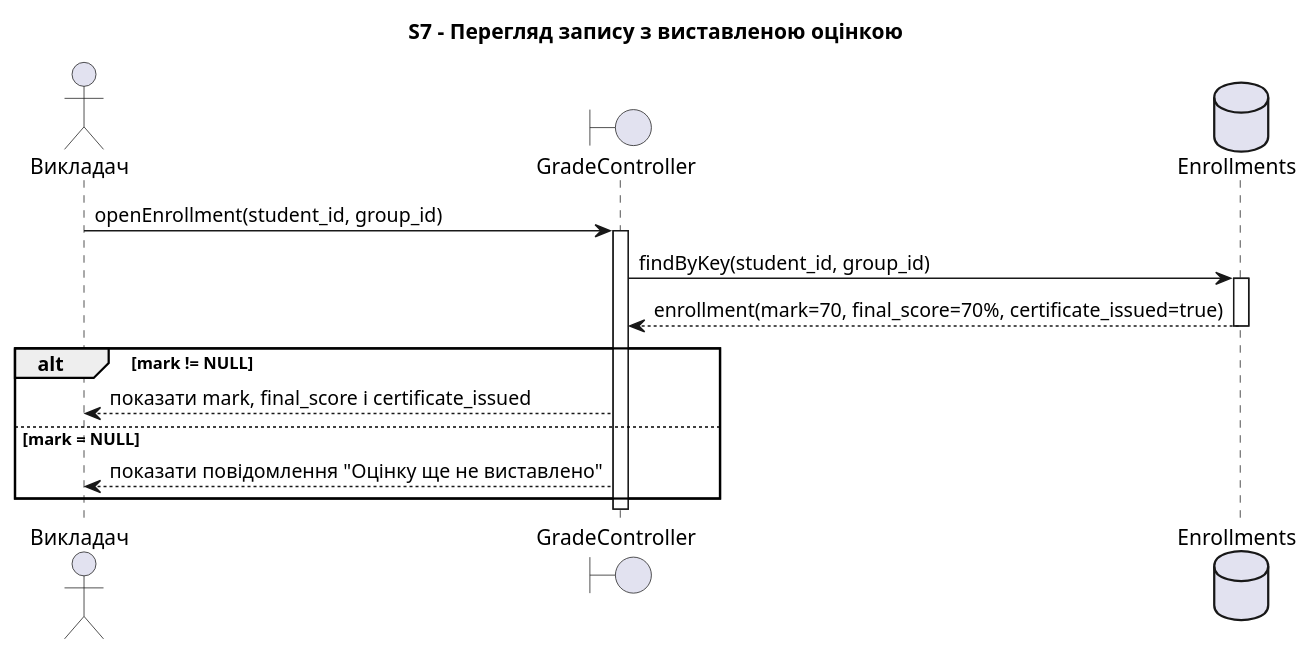
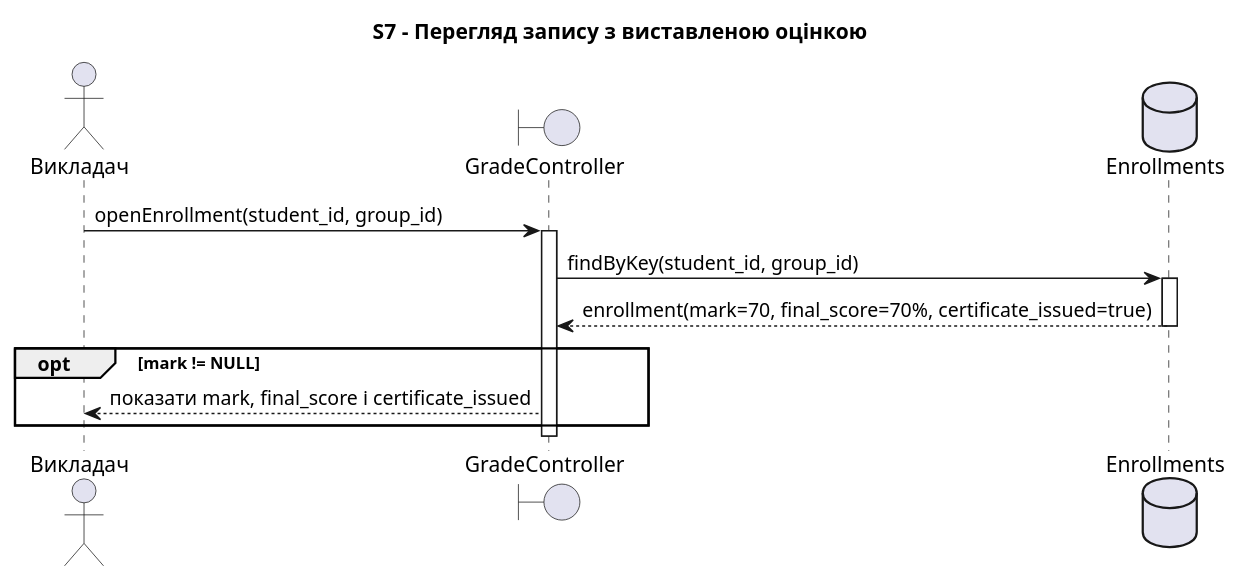
One commit to ka1tya/KPI changed the seventh of 8 diagrams in lab3/sequence-diagrams.puml. Above: the diagram before and after it, drawn with PlantUML. The commit also changed other lines of this file and 1 other file, not shown here.

```diff
--- a/lab3/sequence-diagrams.puml
+++ b/lab3/sequence-diagrams.puml
@@ -248,20 +248,18 @@
 @startuml S7
  title S7 - Перегляд запису з виставленою оцінкою
 
  actor "Викладач" as Teacher
  boundary "GradeController" as Controller
  database "Enrollments" as Enrollments
 
  Teacher -> Controller : openEnrollment(student_id, group_id)
  activate Controller
  Controller -> Enrollments : findByKey(student_id, group_id)
  activate Enrollments
  Enrollments --> Controller : enrollment(mark=70, final_score=70%, certificate_issued=true)
  deactivate Enrollments
- alt mark != NULL 
+ opt mark != NULL 
    Controller --> Teacher : показати mark, final_score і certificate_issued
- else mark = NULL
-   Controller --> Teacher : показати повідомлення "Оцінку ще не виставлено"
  end
  deactivate Controller
 @enduml
```
